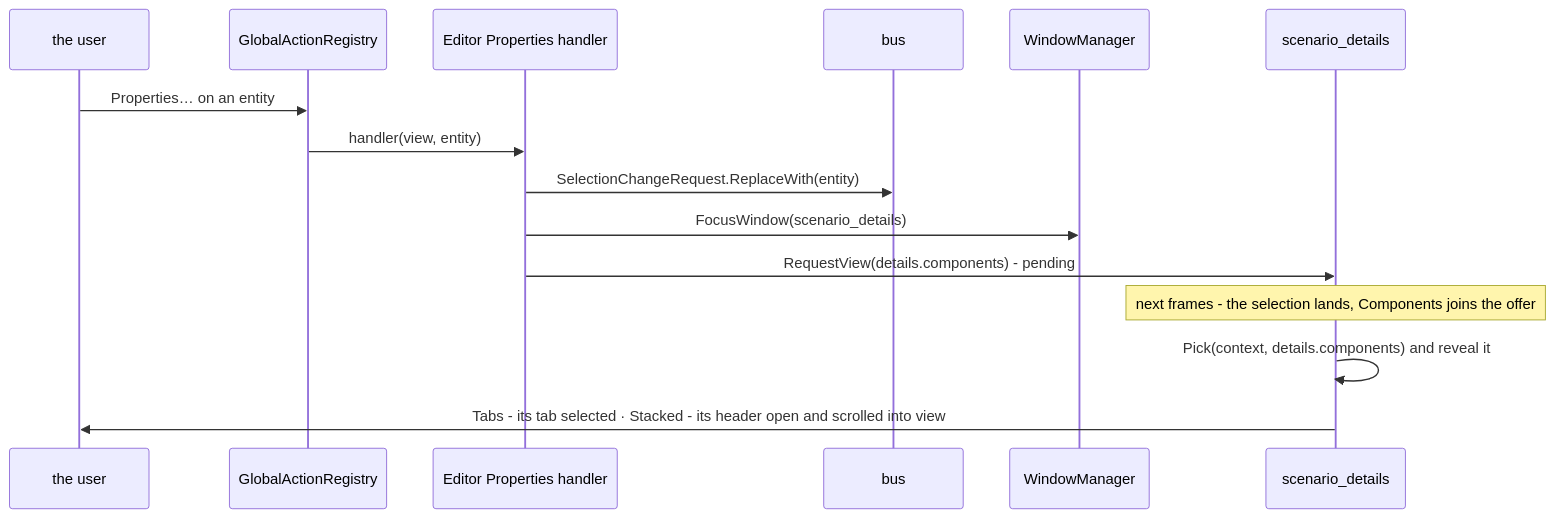
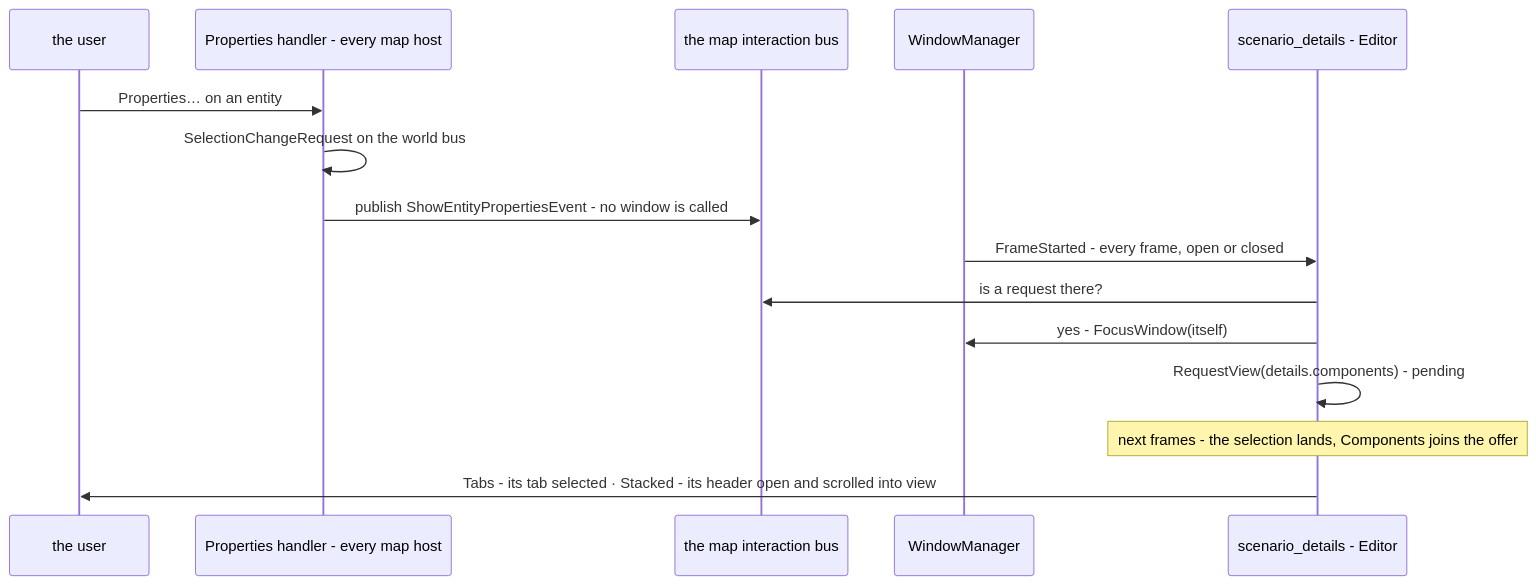
One commit to pjanec/HROT changed diagram 12 of 13 in docs/blueprints/DESIGN_Details_Panel_View_Switching.md. Above: the diagram before and after it, drawn with Mermaid. The commit also changed other lines of this file and 15 other files, not shown here.

````diff
--- a/docs/blueprints/DESIGN_Details_Panel_View_Switching.md
+++ b/docs/blueprints/DESIGN_Details_Panel_View_Switching.md
@@ -1039,17 +1043,17 @@
 ```mermaid
 sequenceDiagram
     participant U as the user
-    participant A as GlobalActionRegistry
-    participant E as Editor Properties handler
-    participant B as bus
+    participant A as Properties handler - every map host
+    participant B as the map interaction bus
     participant M as WindowManager
-    participant D as scenario_details
+    participant D as scenario_details - Editor
     U->>A: Properties… on an entity
-    A->>E: handler(view, entity)
-    E->>B: SelectionChangeRequest.ReplaceWith(entity)
-    E->>M: FocusWindow(scenario_details)
-    E->>D: RequestView(details.components) - pending
+    A->>A: SelectionChangeRequest on the world bus
+    A->>B: publish ShowEntityPropertiesEvent - no window is called
+    M->>D: FrameStarted - every frame, open or closed
+    D->>B: is a request there?
+    D->>M: yes - FocusWindow(itself)
+    D->>D: RequestView(details.components) - pending
     Note over D: next frames - the selection lands, Components joins the offer
-    D->>D: Pick(context, details.components) and reveal it
     D->>U: Tabs - its tab selected · Stacked - its header open and scrolled into view
 ```
````
